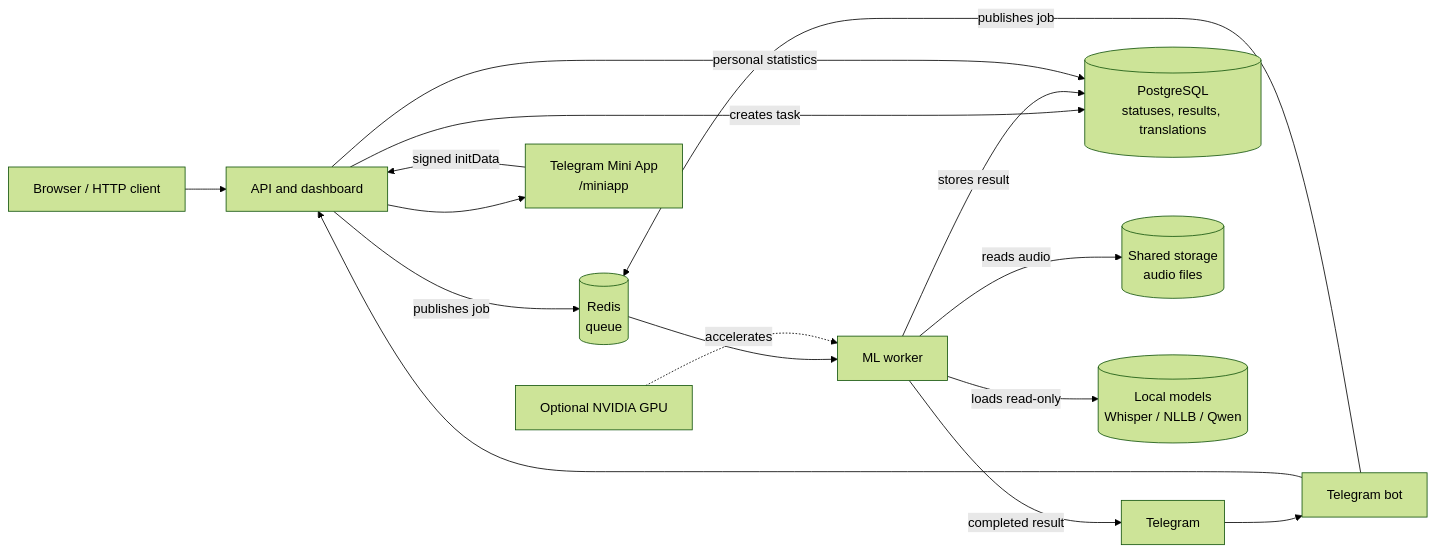
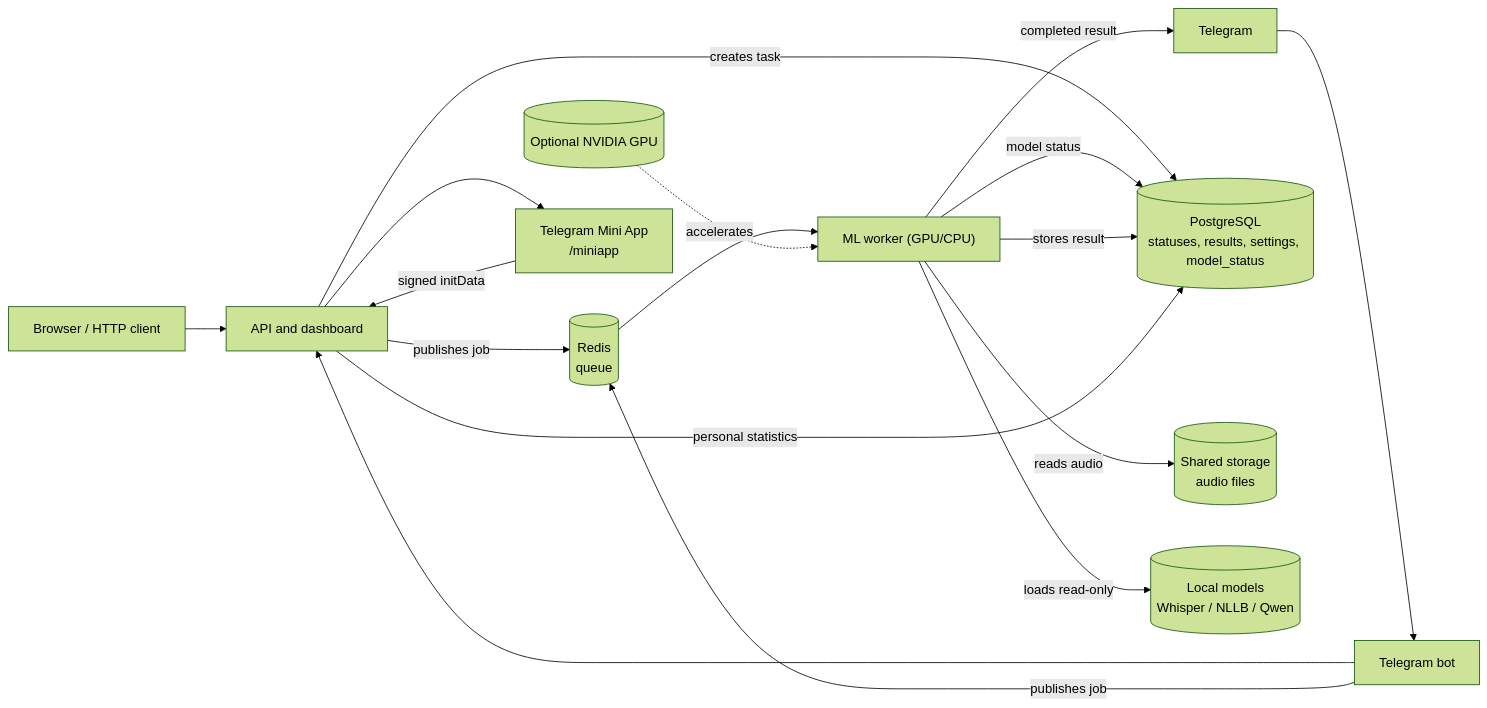
The diagram in README.md (Sa1avatus/transcription), drawn with Mermaid (forest theme) before and after one commit. The commit also changed other lines of this file and 5 other files, not shown here.

````diff
--- a/README.md
+++ b/README.md
@@ -18,18 +21,19 @@
 ```mermaid
 flowchart LR
     Browser["Browser / HTTP client"] --> API["API and dashboard"]
     Telegram["Telegram"] --> Bot["Telegram bot"]
     Bot --> API
-    API -->|"creates task"| Postgres[("PostgreSQL\nstatuses, results, translations")]
+    API -->|"creates task"| Postgres[("PostgreSQL\nstatuses, results, settings, model_status")]
     API -->|"publishes job"| Redis[("Redis\nqueue")]
     Bot -->|"publishes job"| Redis
-    Redis --> Worker["ML worker"]
+    Redis --> Worker["ML worker (GPU/CPU)"]
     Worker -->|"reads audio"| Audio[("Shared storage\naudio files")]
     Worker -->|"loads read-only"| Models[("Local models\nWhisper / NLLB / Qwen")]
-    GPU["Optional NVIDIA GPU"] -. accelerates .-> Worker
+    Worker -->|"model status"| Postgres
+    GPU[("Optional NVIDIA GPU")] -. accelerates .-> Worker
     Worker -->|"stores result"| Postgres
     Worker -->|"completed result"| Telegram
     API --> MiniApp["Telegram Mini App\n/miniapp"]
     MiniApp -->|"signed initData"| API
     API -->|"personal statistics"| Postgres
 ```
````
